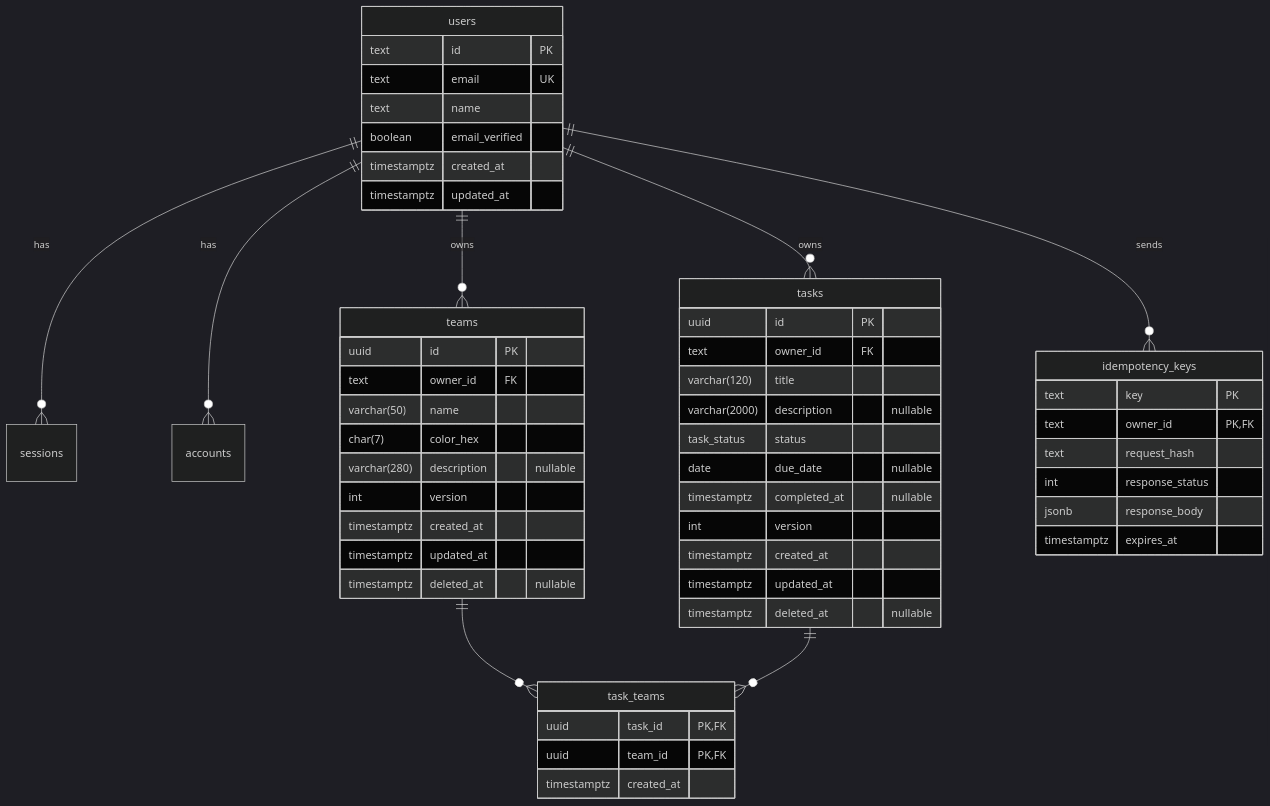
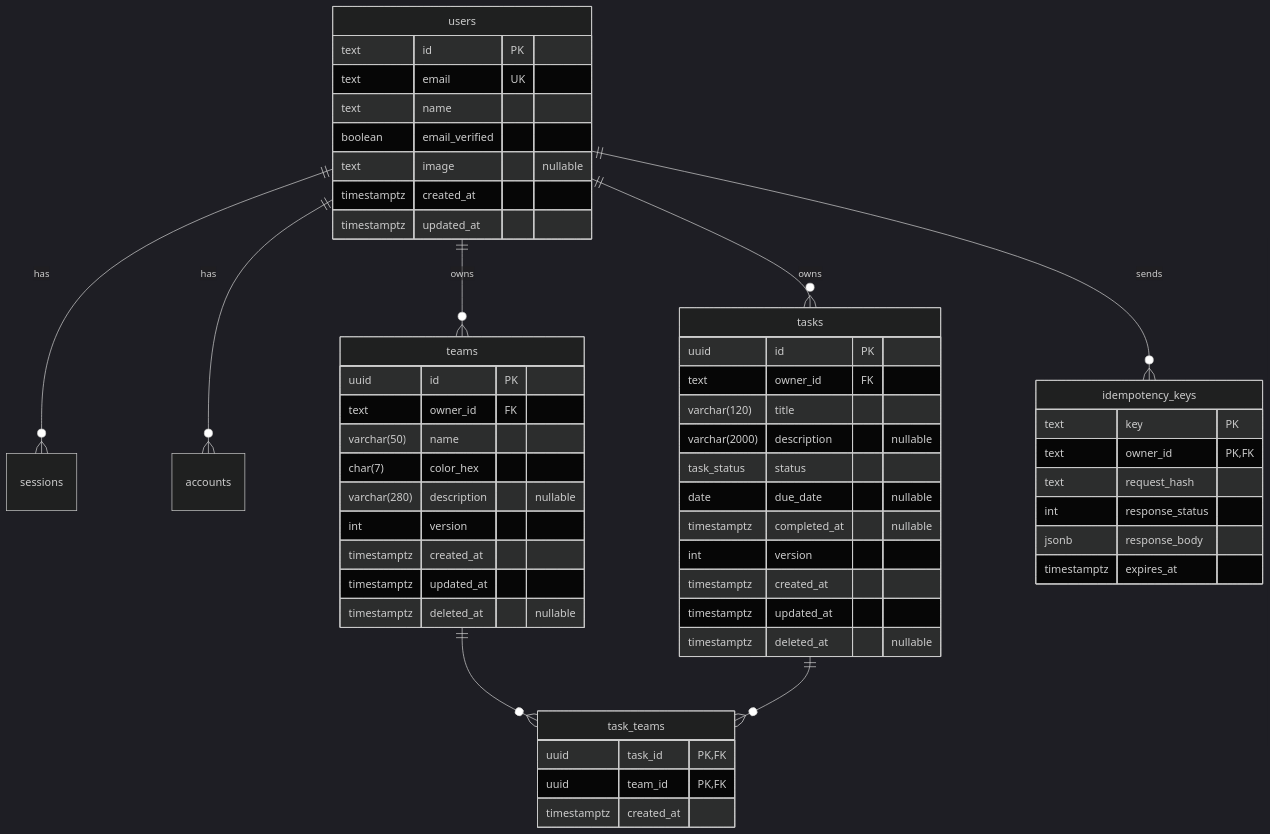
One commit to rodriguesdenis/hitss changed the diagram in docs/architecture/data-model.md. Above: the diagram before and after it, drawn with Mermaid (dark theme). The commit also changed other lines of this file, not shown here.

First line of the commit message:
docs(docs): sync the data model with the identity schema

````diff
--- a/docs/architecture/data-model.md
+++ b/docs/architecture/data-model.md
@@ -7,56 +7,57 @@
 ```mermaid
 erDiagram
   users ||--o{ sessions : has
   users ||--o{ accounts : has
   users ||--o{ teams : owns
   users ||--o{ tasks : owns
   teams ||--o{ task_teams : ""
   tasks ||--o{ task_teams : ""
   users ||--o{ idempotency_keys : sends
 
   users {
     text id PK
     text email UK
     text name
     boolean email_verified
+    text image "nullable"
     timestamptz created_at
     timestamptz updated_at
   }
   teams {
     uuid id PK
     text owner_id FK
     varchar(50) name
     char(7) color_hex
     varchar(280) description "nullable"
     int version
     timestamptz created_at
     timestamptz updated_at
     timestamptz deleted_at "nullable"
   }
   tasks {
     uuid id PK
     text owner_id FK
     varchar(120) title
     varchar(2000) description "nullable"
     task_status status
     date due_date "nullable"
     timestamptz completed_at "nullable"
     int version
     timestamptz created_at
     timestamptz updated_at
     timestamptz deleted_at "nullable"
   }
   task_teams {
     uuid task_id PK, FK
     uuid team_id PK, FK
     timestamptz created_at
   }
   idempotency_keys {
     text key PK
     text owner_id PK, FK
     text request_hash
     int response_status
     jsonb response_body
     timestamptz expires_at
   }
 ```
````
